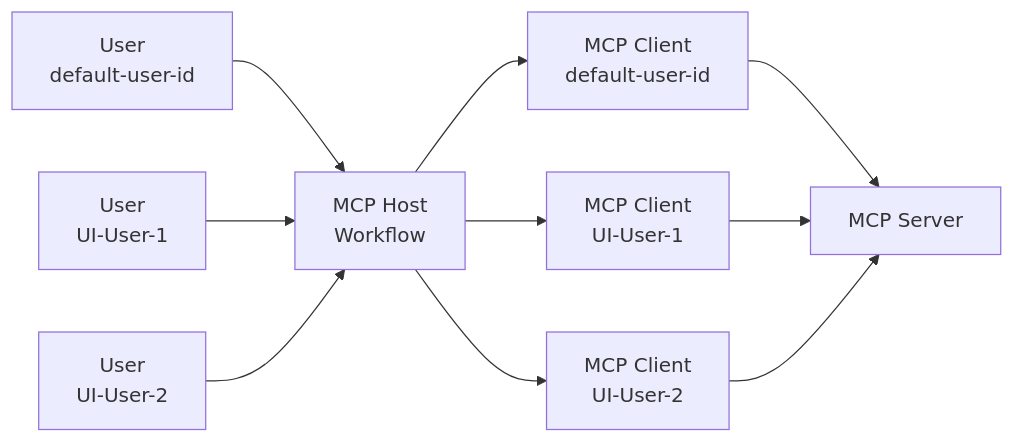
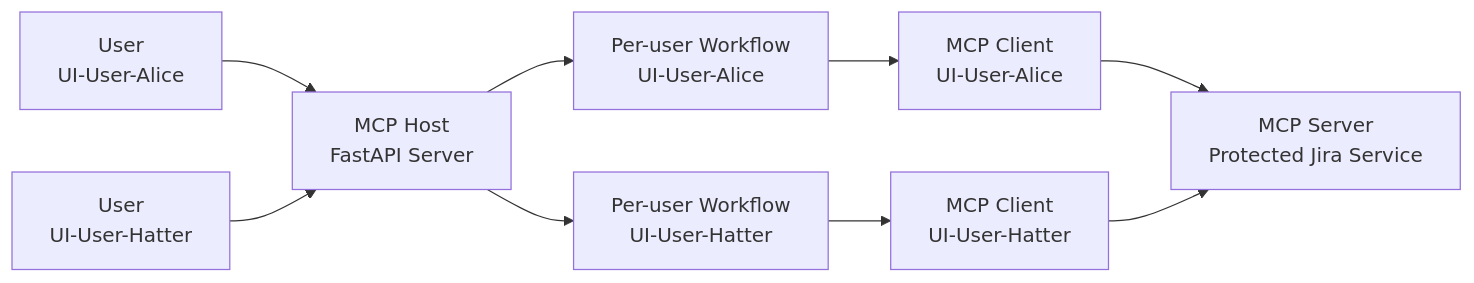
Before and after one commit to yifei-gpt/NeMo-Agent-Toolkit: the second of 2 diagrams in docs/source/components/auth/mcp-auth/index.md, drawn with Mermaid. The commit also changed other lines of this file and 7 other files, not shown here.

````diff
--- a/docs/source/components/auth/mcp-auth/index.md
+++ b/docs/source/components/auth/mcp-auth/index.md
@@ -139,14 +134,14 @@
 ```mermaid
 flowchart LR
-  U0[User<br/>default-user-id] --> H2[MCP Host<br/>Workflow]
-  U1[User<br/>UI-User-1] --> H2
-  U2[User<br/>UI-User-2] --> H2
+  U1[User<br/>UI-User-Alice] --> H2[MCP Host<br/>FastAPI Server]
+  U2[User<br/>UI-User-Hatter] --> H2
 
-  H2 --> C0[MCP Client<br/>default-user-id]
-  H2 --> C1[MCP Client<br/>UI-User-1]
-  H2 --> C2[MCP Client<br/>UI-User-2]
+  H2 --> W1[Per-user Workflow<br/>UI-User-Alice]
+  H2 --> W2[Per-user Workflow<br/>UI-User-Hatter]
 
-  C0 --> S2[MCP Server]
-  C1 --> S2
+  W1 --> C1[MCP Client<br/>UI-User-Alice]
+  W2 --> C2[MCP Client<br/>UI-User-Hatter]
+
+  C1 --> S2[MCP Server<br/>Protected Jira Service]
   C2 --> S2
 ```
````
